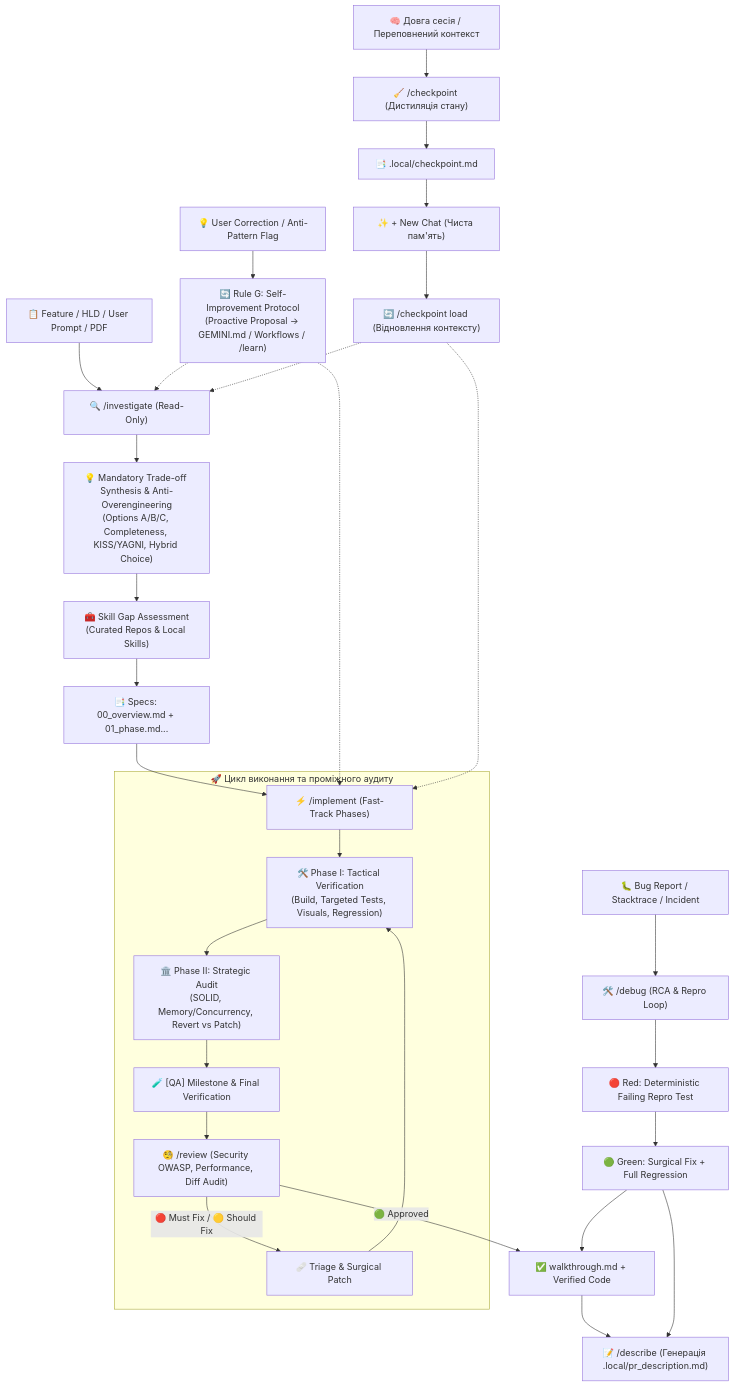
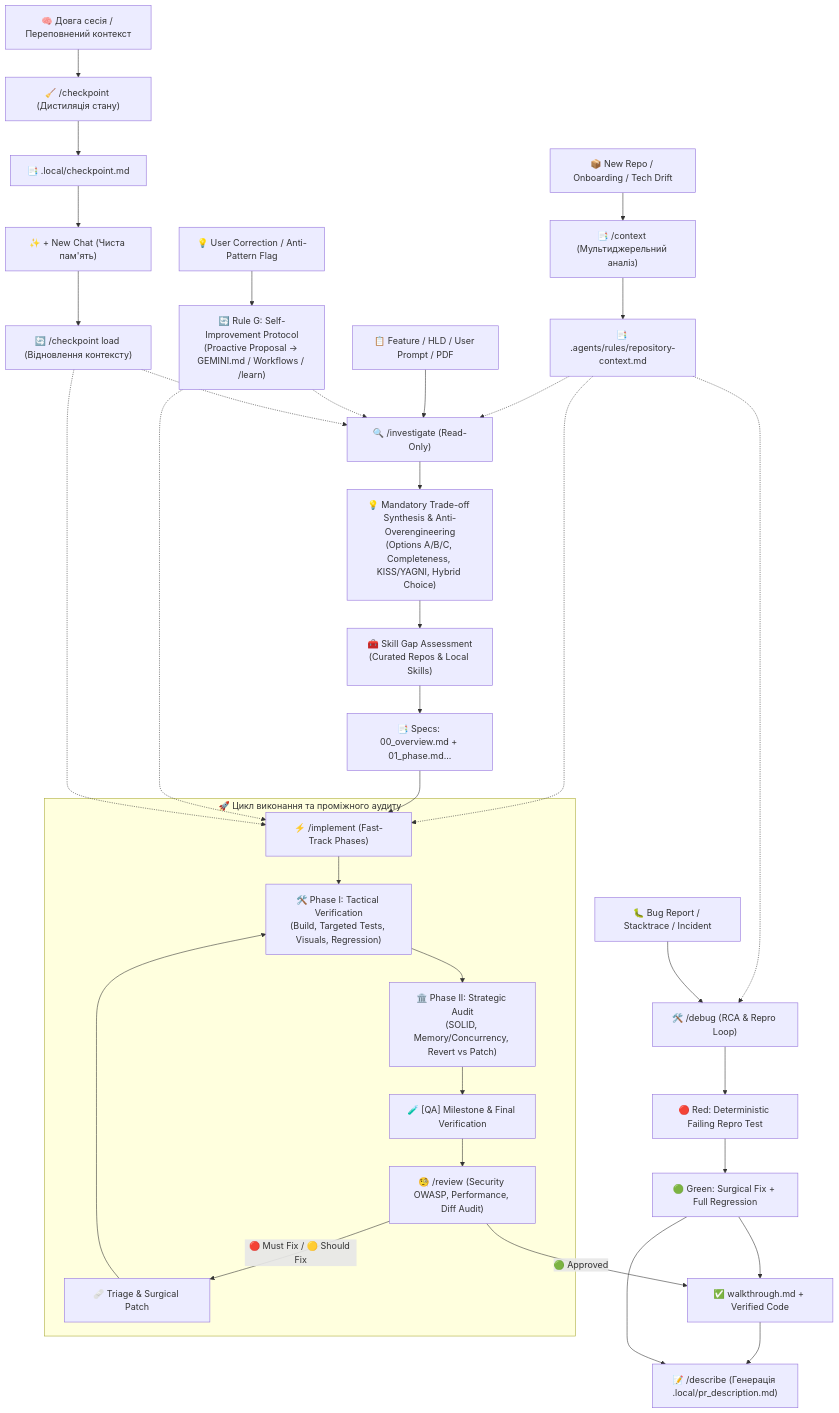
The diagram in README.md (nperepichka/Antigravity), drawn with Mermaid before and after one commit. The commit also changed other lines of this file and 2 other files, not shown here.

````diff
--- a/README.md
+++ b/README.md
@@ -9,37 +9,43 @@
 ```mermaid
 flowchart TD
+    RepoInit["📦 New Repo / Onboarding / Tech Drift"] --> Context["📑 /context (Мультиджерельний аналіз)"]
+    Context --> ContextFile["📑 .agents/rules/repository-context.md"]
+    ContextFile -.-> Investigate
+    ContextFile -.-> Implement
+    ContextFile -.-> Debug
+
     Task["📋 Feature / HLD / User Prompt / PDF"] --> Investigate["🔍 /investigate (Read-Only)"]
     Investigate --> SolutionSynthesis["💡 Mandatory Trade-off Synthesis & Anti-Overengineering\n(Options A/B/C, Completeness, KISS/YAGNI, Hybrid Choice)"]
     SolutionSynthesis --> SkillDiscovery["🧰 Skill Gap Assessment\n(Curated Repos & Local Skills)"]
     SkillDiscovery --> Specs["📑 Specs: 00_overview.md + 01_phase.md..."]
     Specs --> Implement["⚡ /implement (Fast-Track Phases)"]
     
     subgraph ExecutionGroup ["🚀 Цикл виконання та проміжного аудиту"]
         Implement --> Tactical["🛠️ Phase I: Tactical Verification\n(Build, Targeted Tests, Visuals, Regression)"]
         Tactical --> Strategic["🏛️ Phase II: Strategic Audit\n(SOLID, Memory/Concurrency, Revert vs Patch)"]
         Strategic --> MilestoneQA["🧪 [QA] Milestone & Final Verification"]
         MilestoneQA --> ReviewGate["🧐 /review (Security OWASP, Performance, Diff Audit)"]
         ReviewGate -->|🔴 Must Fix / 🟡 Should Fix| PatchLoop["🩹 Triage & Surgical Patch"]
         PatchLoop --> Tactical
     end
 
     ReviewGate -->|🟢 Approved| Walkthrough["✅ walkthrough.md + Verified Code"]
     Walkthrough --> Describe["📝 /describe (Генерація .local/pr_description.md)"]
 
     Bug["🐛 Bug Report / Stacktrace / Incident"] --> Debug["🛠️ /debug (RCA & Repro Loop)"]
     Debug --> RedTest["🔴 Red: Deterministic Failing Repro Test"]
     RedTest --> GreenFix["🟢 Green: Surgical Fix + Full Regression"]
     GreenFix --> Walkthrough
     GreenFix --> Describe
 
     UserFeedback["💡 User Correction / Anti-Pattern Flag"] --> RuleG["🔄 Rule G: Self-Improvement Protocol\n(Proactive Proposal -> GEMINI.md / Workflows / /learn)"]
     RuleG -.-> Investigate
     RuleG -.-> Implement
 
     ContextBloat["🧠 Довга сесія / Переповнений контекст"] --> CheckpointSave["🧹 /checkpoint (Дистиляція стану)"]
     CheckpointSave --> CheckpointFile["📑 .local/checkpoint.md"]
     CheckpointFile --> NewSession["✨ + New Chat (Чиста пам'ять)"]
     NewSession --> CheckpointLoad["🔄 /checkpoint load (Відновлення контексту)"]
     CheckpointLoad -.-> Investigate
     CheckpointLoad -.-> Implement
 ```
````
